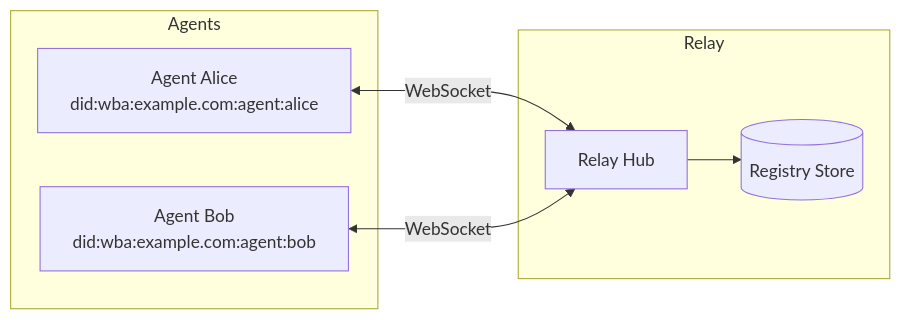
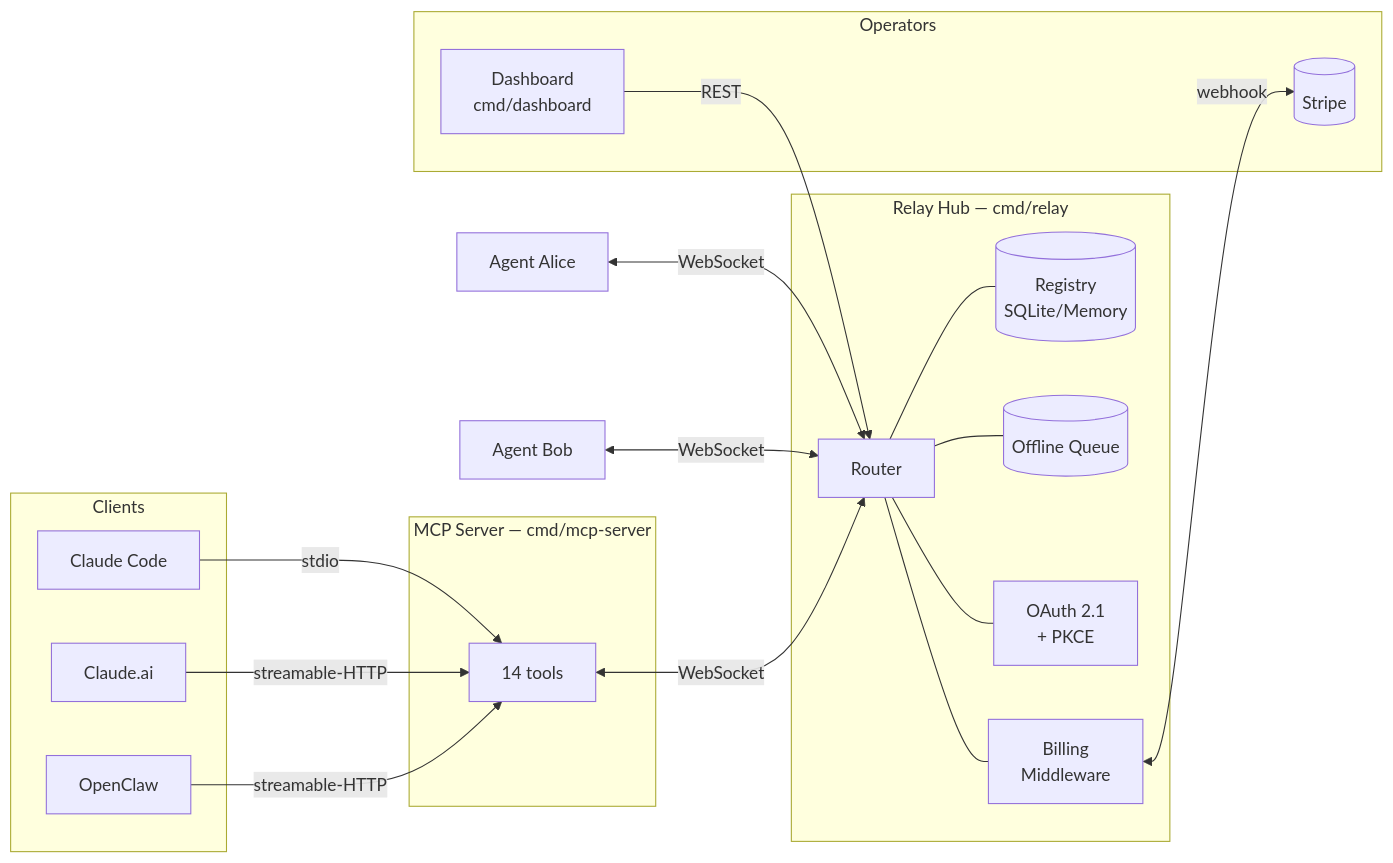
Before and after one commit to gianlucamazza/msg2agent: the first of 10 diagrams in docs/architecture.md, drawn with Mermaid. The commit also changed other lines of this file and 46 other files, not shown here.

First line of the commit message:
feat(dashboard): billing/dashboard overhaul — ui-kit, audit/integrations/settings sections, OpenAPI docs

````diff
--- a/docs/architecture.md
+++ b/docs/architecture.md
@@ -9,14 +9,33 @@
 ```mermaid
 flowchart LR
-    subgraph Agents
-        A[Agent Alice<br/>did:wba:example.com:agent:alice]
-        B[Agent Bob<br/>did:wba:example.com:agent:bob]
+    subgraph Clients
+        CC[Claude Code]
+        CL[Claude.ai]
+        OC[OpenClaw]
     end
-    subgraph Relay
-        R[Relay Hub]
-        REG[(Registry Store)]
+
+    subgraph RelayHub[Relay Hub — cmd/relay]
+        R[Router]
+        REG[(Registry\nSQLite/Memory)]
+        Q[(Offline Queue)]
+        OA[OAuth 2.1\n+ PKCE]
+        BIL[Billing\nMiddleware]
     end
-    A <-->|WebSocket| R
-    B <-->|WebSocket| R
-    R --> REG
+
+    subgraph MCPS[MCP Server — cmd/mcp-server]
+        MCP[14 tools]
+    end
+
+    subgraph Operators
+        DASH[Dashboard\ncmd/dashboard]
+        STRIPE[(Stripe)]
+    end
+
+    A[Agent Alice] & B[Agent Bob] <-->|WebSocket| R
+    CC -->|stdio| MCP
+    CL & OC -->|streamable-HTTP| MCP
+    MCP <-->|WebSocket| R
+    R --- REG & Q & OA & BIL
+    DASH -->|REST| R
+    BIL <-->|webhook| STRIPE
 ```
````
